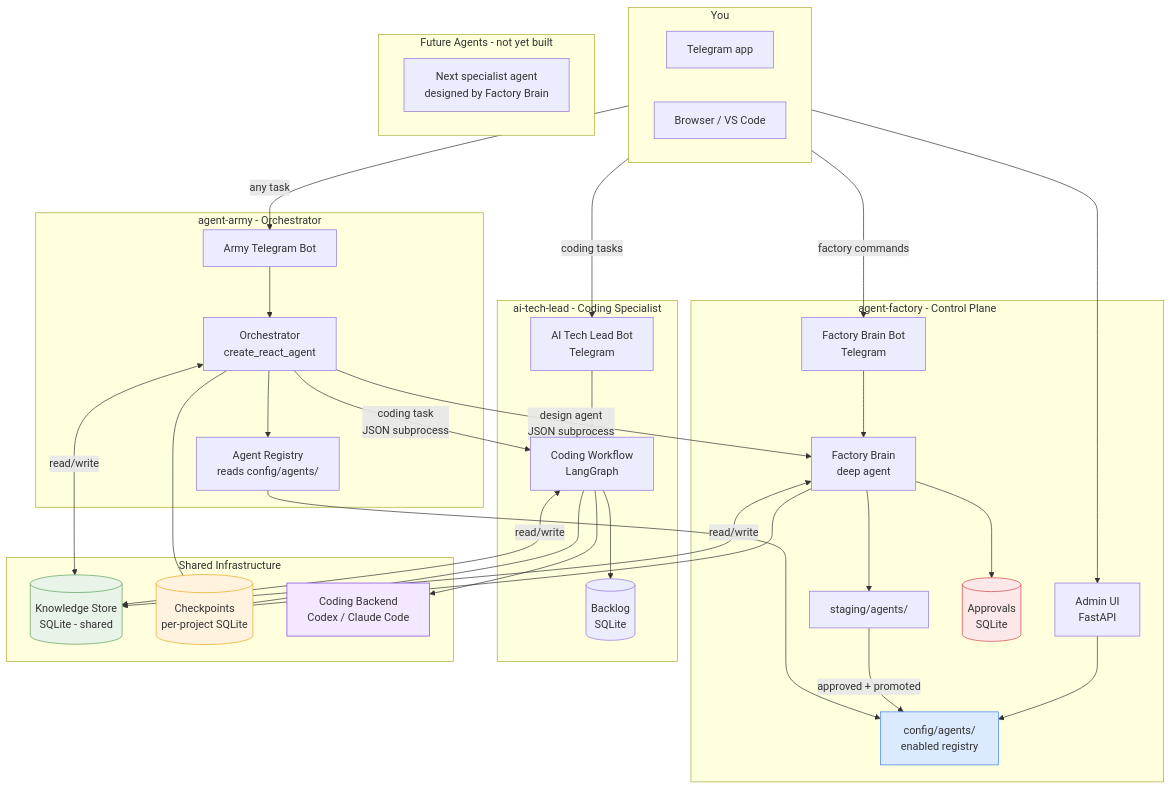
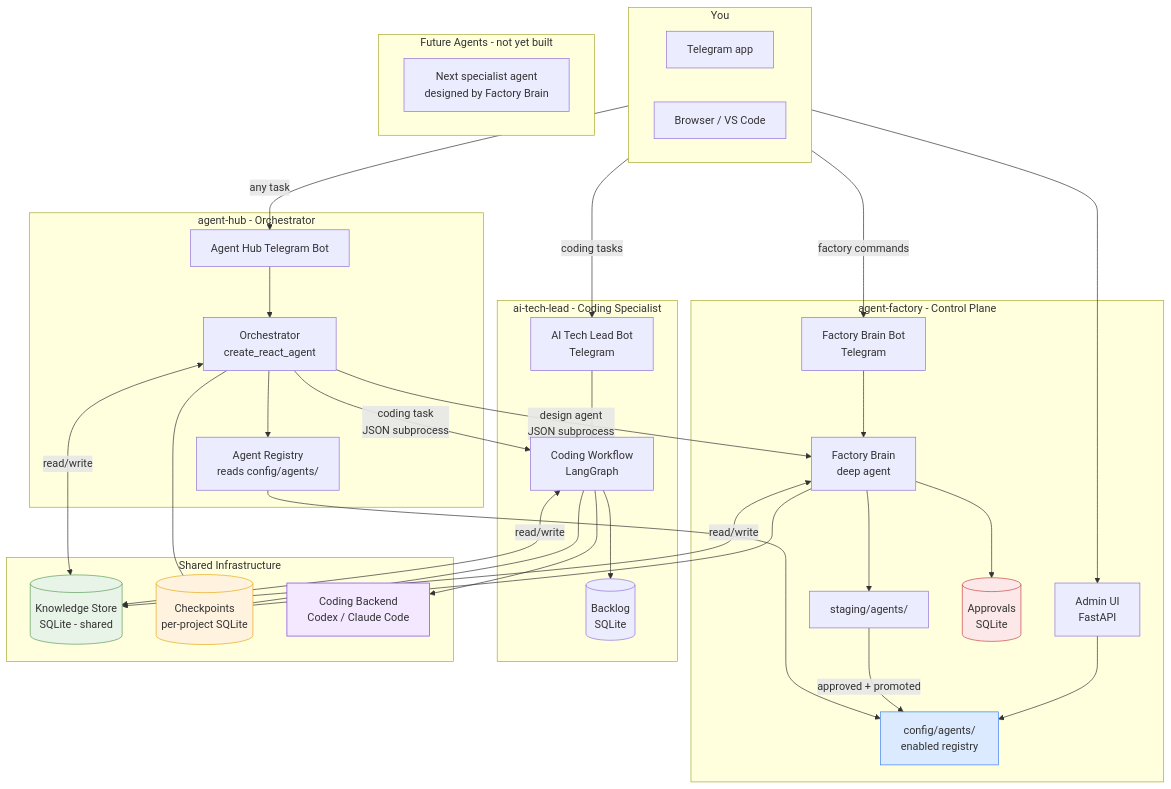
One commit to robvoto/agent-factory changed the diagram in docs/diagrams/01-SYSTEM-OVERVIEW.mmd. Above: the diagram before and after it, drawn with Mermaid. The commit also changed 26 other files, not shown here.

First line of the commit message:
docs: replace legacy "army" naming with Agent Hub

```diff
--- a/docs/diagrams/01-SYSTEM-OVERVIEW.mmd
+++ b/docs/diagrams/01-SYSTEM-OVERVIEW.mmd
@@ -1,73 +1,73 @@
 flowchart TD
     subgraph You["You"]
         direction LR
         Phone[Telegram app]
         Browser[Browser / VS Code]
     end
 
-    subgraph Army["agent-army - Orchestrator"]
-        ArmyBot[Army Telegram Bot]
-        ArmyOrch[Orchestrator<br/>create_react_agent]
-        ArmyReg[Agent Registry<br/>reads config/agents/]
+    subgraph Hub["agent-hub - Orchestrator"]
+        HubBot[Agent Hub Telegram Bot]
+        HubOrch[Orchestrator<br/>create_react_agent]
+        HubReg[Agent Registry<br/>reads config/agents/]
     end
 
     subgraph Factory["agent-factory - Control Plane"]
         FactoryBot[Factory Brain Bot<br/>Telegram]
         FactoryBrain[Factory Brain<br/>deep agent]
         AdminUI[Admin UI<br/>FastAPI]
         Staging[staging/agents/]
         Registry[config/agents/<br/>enabled registry]
         Approval[(Approvals<br/>SQLite)]
     end
 
     subgraph ATL["ai-tech-lead - Coding Specialist"]
         ATLBot[AI Tech Lead Bot<br/>Telegram]
         ATLGraph[Coding Workflow<br/>LangGraph]
         ATLBacklog[(Backlog<br/>SQLite)]
     end
 
     subgraph Future["Future Agents - not yet built"]
         FutureAgent[Next specialist agent<br/>designed by Factory Brain]
     end
 
     subgraph Shared["Shared Infrastructure"]
         KnowledgeDB[(Knowledge Store<br/>SQLite - shared)]
         CheckpointDB[(Checkpoints<br/>per-project SQLite)]
         CodingBackend[Coding Backend<br/>Codex / Claude Code]
     end
 
-    Phone -->|any task| ArmyBot
+    Phone -->|any task| HubBot
     Phone -->|factory commands| FactoryBot
     Phone -->|coding tasks| ATLBot
     Browser --> AdminUI
 
-    ArmyBot --> ArmyOrch
-    ArmyOrch --> ArmyReg
-    ArmyReg --> Registry
+    HubBot --> HubOrch
+    HubOrch --> HubReg
+    HubReg --> Registry
 
-    ArmyOrch -->|coding task<br/>JSON subprocess| ATLGraph
-    ArmyOrch -->|design agent<br/>JSON subprocess| FactoryBrain
+    HubOrch -->|coding task<br/>JSON subprocess| ATLGraph
+    HubOrch -->|design agent<br/>JSON subprocess| FactoryBrain
 
     FactoryBot --> FactoryBrain
     FactoryBrain --> Staging
     FactoryBrain --> Approval
     Staging -->|approved + promoted| Registry
     AdminUI --> Registry
 
     ATLBot --> ATLGraph
     ATLGraph --> CodingBackend
     ATLGraph --> ATLBacklog
 
     FactoryBrain <-->|read/write| KnowledgeDB
-    ArmyOrch <-->|read/write| KnowledgeDB
+    HubOrch <-->|read/write| KnowledgeDB
     ATLGraph <-->|read/write| KnowledgeDB
 
     FactoryBrain --- CheckpointDB
     ATLGraph --- CheckpointDB
-    ArmyOrch --- CheckpointDB
+    HubOrch --- CheckpointDB
 
     style KnowledgeDB fill:#e8f4e8,stroke:#5a9e5a
     style CheckpointDB fill:#fff3e0,stroke:#e6a817
     style Registry fill:#dbeafe,stroke:#3b82f6
     style Approval fill:#fce8e8,stroke:#cc4444
     style CodingBackend fill:#f3e8ff,stroke:#7c3aed
```
